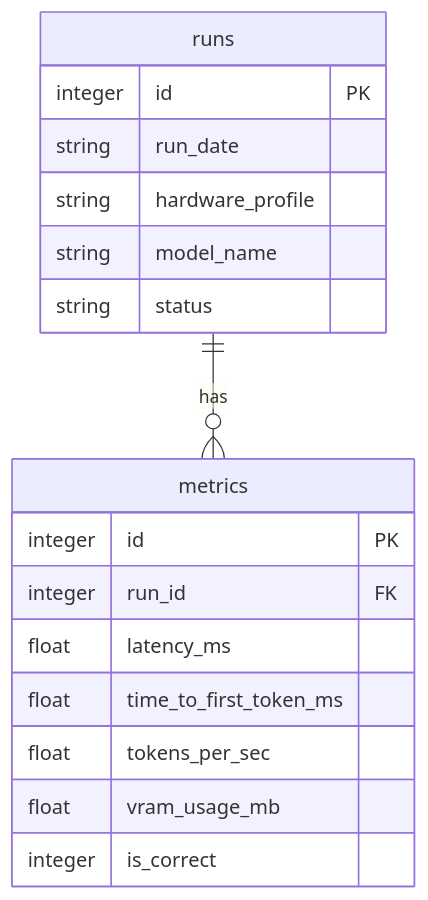
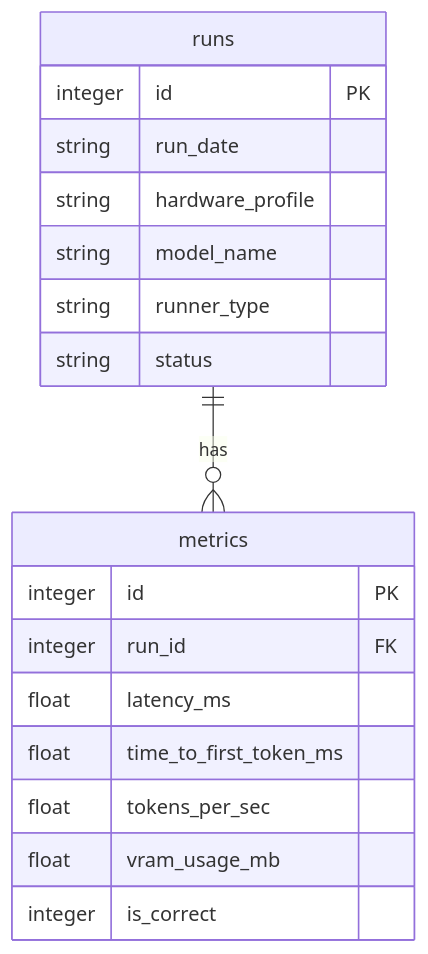
The third of 5 diagrams in docs/architecture.md (peterVG/benchmarker), drawn with Mermaid before and after one commit. The commit also changed other lines of this file and 2 other files, not shown here.

Commit message:
feat: add runner_type to database model and update architecture docs

````diff
--- a/docs/architecture.md
+++ b/docs/architecture.md
@@ -82,20 +82,21 @@
 ```mermaid
 erDiagram
     runs ||--o{ metrics : "has"
     runs {
         integer id PK
         string run_date
         string hardware_profile
         string model_name
+        string runner_type
         string status
     }
     metrics {
         integer id PK
         integer run_id FK
         float latency_ms
         float time_to_first_token_ms
         float tokens_per_sec
         float vram_usage_mb
         integer is_correct
     }
 ```
````
